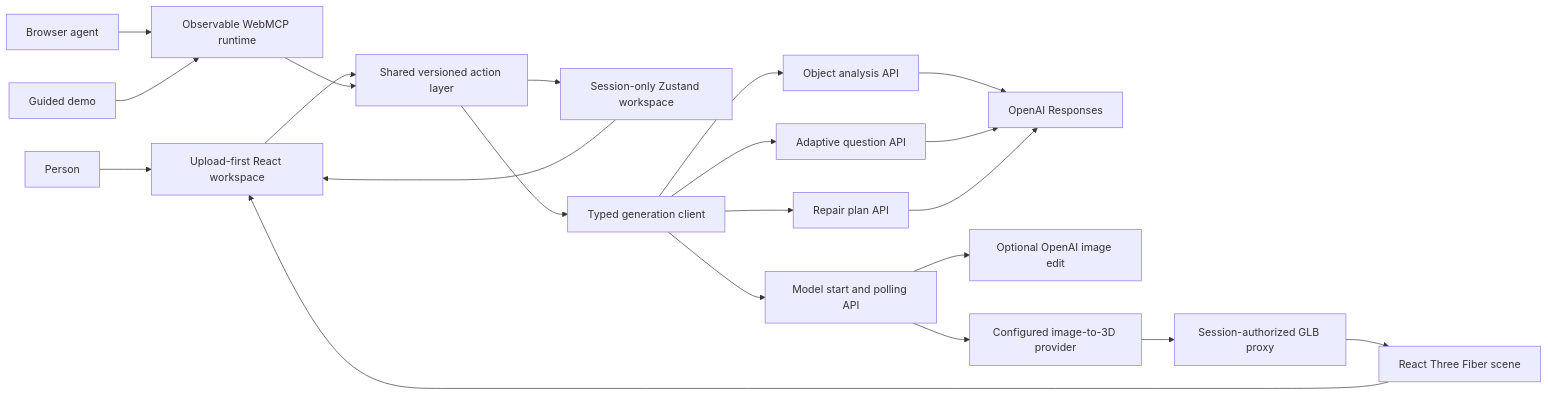
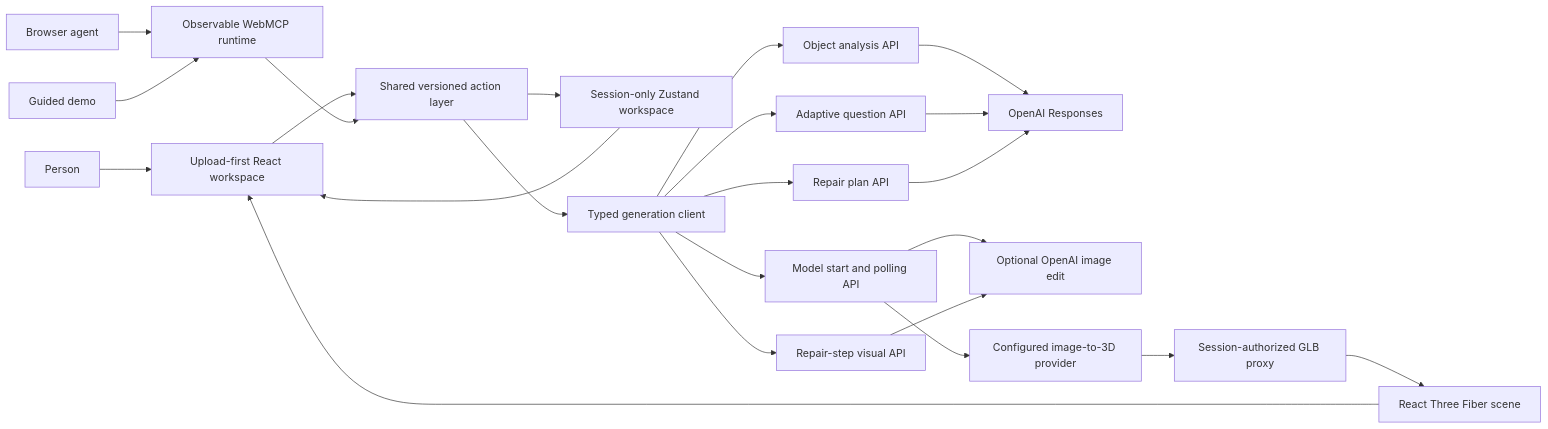
The first of 2 diagrams in README.md (appdever01/repair-webmcp), drawn with Mermaid before and after one commit. The commit also changed other lines of this file and 44 other files, not shown here.

First line of the commit message:
feat: enhance repair guidance and visual elements

````diff
--- a/README.md
+++ b/README.md
@@ -270,23 +274,25 @@
 ```mermaid
 flowchart LR
   Person[Person] --> UI[Upload-first React workspace]
   Agent[Browser agent] --> Runtime[Observable WebMCP runtime]
   Demo[Guided demo] --> Runtime
   UI --> Actions[Shared versioned action layer]
   Runtime --> Actions
   Actions --> Store[Session-only Zustand workspace]
   Store --> UI
   Actions --> Client[Typed generation client]
   Client --> Analyze[Object analysis API]
   Client --> Question[Adaptive question API]
   Client --> Model[Model start and polling API]
   Client --> Plan[Repair plan API]
+  Client --> Guide[Repair-step visual API]
   Analyze --> OpenAI[OpenAI Responses]
   Question --> OpenAI
   Model --> ImageEdit[Optional OpenAI image edit]
   Model --> Provider[Configured image-to-3D provider]
   Plan --> OpenAI
+  Guide --> ImageEdit
   Provider --> Asset[Session-authorized GLB proxy]
   Asset --> Scene[React Three Fiber scene]
   Scene --> UI
 ```
````
